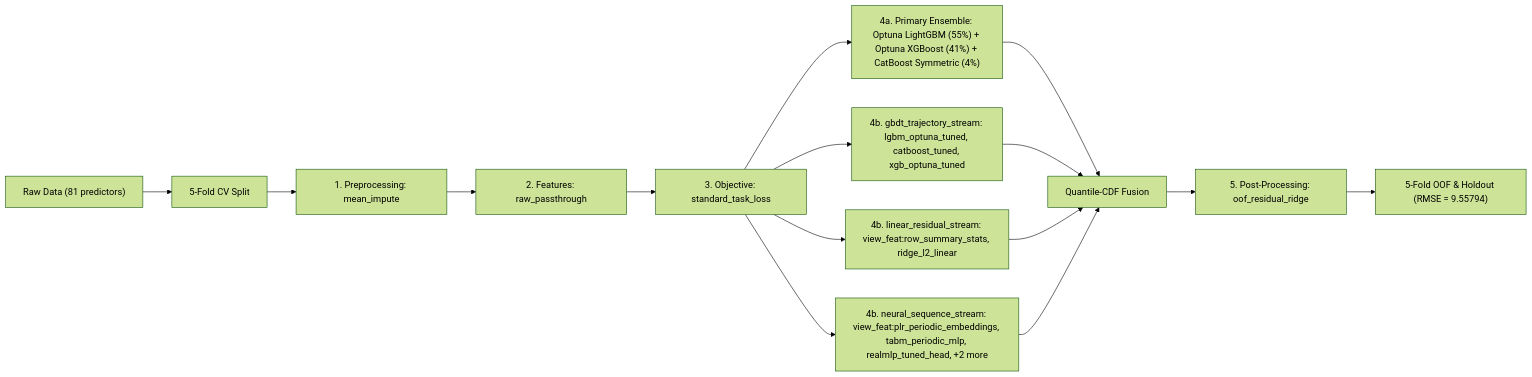
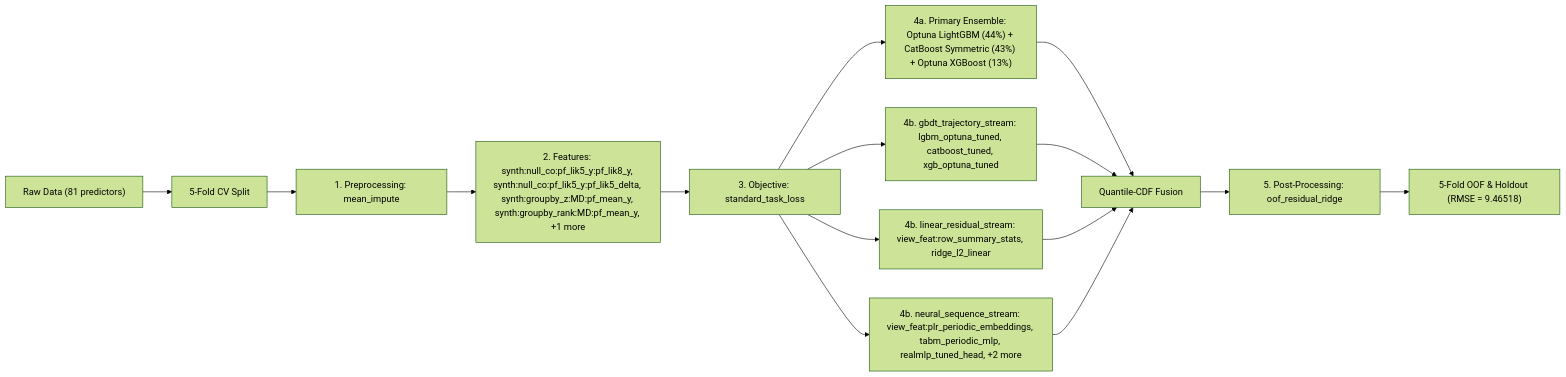
Before and after one commit to stefanoclss/ROGII-Wellbore-Geology-Prediction: the diagram in README.md, drawn with Mermaid (forest theme). The commit also changed other lines of this file, not shown here.

First line of the commit message:
docs(readme): refresh verified OOF benchmark & build ledger (RMSE=9.46518)

````diff
--- a/README.md
+++ b/README.md
@@ -72,17 +73,17 @@
 ```mermaid
 flowchart LR
     DATA["Raw Data (81 predictors)"] --> SPLIT["5-Fold CV Split"]
     SPLIT --> PRE["1. Preprocessing: mean_impute"]
-    PRE --> FEAT["2. Features: raw_passthrough"]
+    PRE --> FEAT["2. Features: synth:null_co:pf_lik5_y:pf_lik8_y, synth:null_co:pf_lik5_y:pf_lik5_delta, synth:groupby_z:MD:pf_mean_y, synth:groupby_rank:MD:pf_mean_y, +1 more"]
     FEAT --> OBJ["3. Objective: standard_task_loss"]
-    OBJ --> M0["4a. Primary Ensemble: Optuna LightGBM (55%) + Optuna XGBoost (41%) + CatBoost Symmetric (4%)"]
+    OBJ --> M0["4a. Primary Ensemble: Optuna LightGBM (44%) + CatBoost Symmetric (43%) + Optuna XGBoost (13%)"]
     M0 --> FUSE["Quantile-CDF Fusion"]
     OBJ --> S1["4b. gbdt_trajectory_stream: lgbm_optuna_tuned, catboost_tuned, xgb_optuna_tuned"]
     S1 --> FUSE
     OBJ --> S2["4b. linear_residual_stream: view_feat:row_summary_stats, ridge_l2_linear"]
     S2 --> FUSE
     OBJ --> S3["4b. neural_sequence_stream: view_feat:plr_periodic_embeddings, tabm_periodic_mlp, realmlp_tuned_head, +2 more"]
     S3 --> FUSE
     FUSE --> POST["5. Post-Processing: oof_residual_ridge"]
-    POST --> OUT["5-Fold OOF & Holdout (RMSE = 9.55794)"]
+    POST --> OUT["5-Fold OOF & Holdout (RMSE = 9.46518)"]
 ```
````
